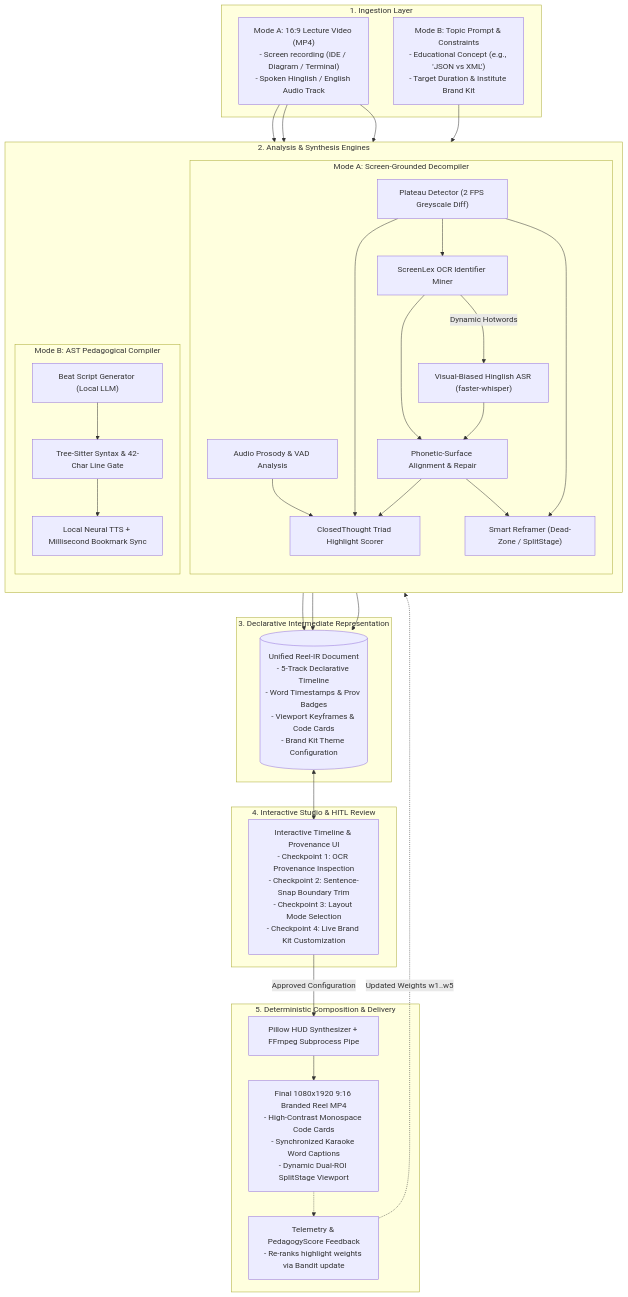
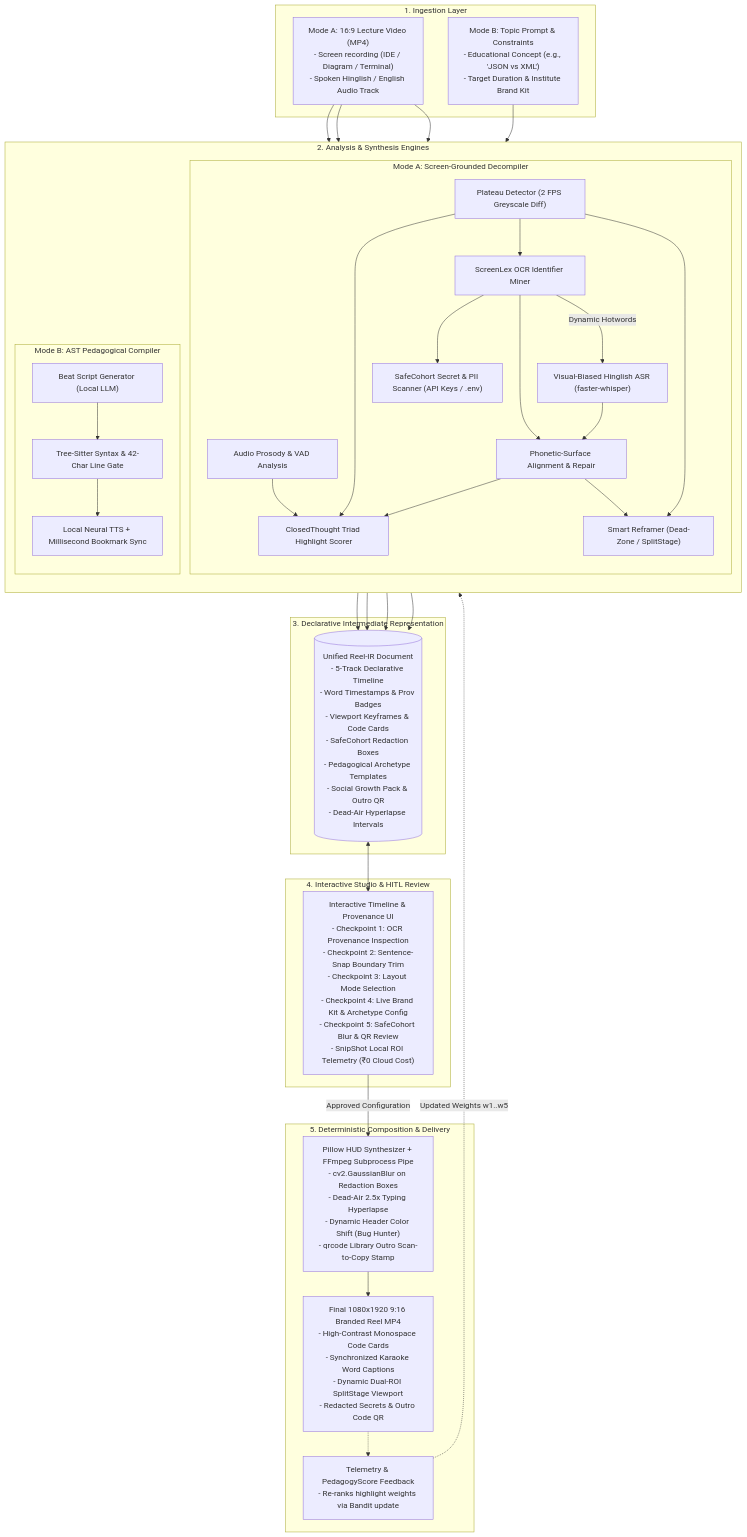
Before and after one commit to Piyush-ops-ui/snipshot: the first of 7 diagrams in workflow.md, drawn with Mermaid. The commit also changed other lines of this file and 191 other files, not shown here.

First line of the commit message:
feat: complete SnipShot 9:16 autonomous video studio implementation

````diff
--- a/workflow.md
+++ b/workflow.md
@@ -13,57 +13,59 @@
 ```mermaid
 flowchart TD
     subgraph Inputs["1. Ingestion Layer"]
         InputA["Mode A: 16:9 Lecture Video (MP4)\n- Screen recording (IDE / Diagram / Terminal)\n- Spoken Hinglish / English Audio Track"]
         InputB["Mode B: Topic Prompt & Constraints\n- Educational Concept (e.g., 'JSON vs XML')\n- Target Duration & Institute Brand Kit"]
     end
 
     subgraph Engines["2. Analysis & Synthesis Engines"]
         direction TB
         subgraph ModeA_Proc["Mode A: Screen-Grounded Decompiler"]
             A1["Audio Prosody & VAD Analysis"]
             A2["Plateau Detector (2 FPS Greyscale Diff)"]
             A3["ScreenLex OCR Identifier Miner"]
             A4["Visual-Biased Hinglish ASR (faster-whisper)"]
             A5["Phonetic-Surface Alignment & Repair"]
             A6["ClosedThought Triad Highlight Scorer"]
             A7["Smart Reframer (Dead-Zone / SplitStage)"]
+            A8["SafeCohort Secret & PII Scanner (API Keys / .env)"]
         end
 
         subgraph ModeB_Proc["Mode B: AST Pedagogical Compiler"]
             B1["Beat Script Generator (Local LLM)"]
             B2["Tree-Sitter Syntax & 42-Char Line Gate"]
             B3["Local Neural TTS + Millisecond Bookmark Sync"]
         end
     end
 
     subgraph Bridge["3. Declarative Intermediate Representation"]
-        ReelIR[("Unified Reel-IR Document\n- 5-Track Declarative Timeline\n- Word Timestamps & Prov Badges\n- Viewport Keyframes & Code Cards\n- Brand Kit Theme Configuration")]
+        ReelIR[("Unified Reel-IR Document\n- 5-Track Declarative Timeline\n- Word Timestamps & Prov Badges\n- Viewport Keyframes & Code Cards\n- SafeCohort Redaction Boxes\n- Pedagogical Archetype Templates\n- Social Growth Pack & Outro QR\n- Dead-Air Hyperlapse Intervals")]
     end
 
     subgraph Studio["4. Interactive Studio & HITL Review"]
-        UI_Review["Interactive Timeline & Provenance UI\n- Checkpoint 1: OCR Provenance Inspection\n- Checkpoint 2: Sentence-Snap Boundary Trim\n- Checkpoint 3: Layout Mode Selection\n- Checkpoint 4: Live Brand Kit Customization"]
+        UI_Review["Interactive Timeline & Provenance UI\n- Checkpoint 1: OCR Provenance Inspection\n- Checkpoint 2: Sentence-Snap Boundary Trim\n- Checkpoint 3: Layout Mode Selection\n- Checkpoint 4: Live Brand Kit & Archetype Config\n- Checkpoint 5: SafeCohort Blur & QR Review\n- SnipShot Local ROI Telemetry (₹0 Cloud Cost)"]
     end
 
     subgraph Output["5. Deterministic Composition & Delivery"]
-        Renderer["Pillow HUD Synthesizer + FFmpeg Subprocess Pipe"]
-        ExportMP4["Final 1080x1920 9:16 Branded Reel MP4\n- High-Contrast Monospace Code Cards\n- Synchronized Karaoke Word Captions\n- Dynamic Dual-ROI SplitStage Viewport"]
+        Renderer["Pillow HUD Synthesizer + FFmpeg Subprocess Pipe\n- cv2.GaussianBlur on Redaction Boxes\n- Dead-Air 2.5x Typing Hyperlapse\n- Dynamic Header Color Shift (Bug Hunter)\n- qrcode Library Outro Scan-to-Copy Stamp"]
+        ExportMP4["Final 1080x1920 9:16 Branded Reel MP4\n- High-Contrast Monospace Code Cards\n- Synchronized Karaoke Word Captions\n- Dynamic Dual-ROI SplitStage Viewport\n- Redacted Secrets & Outro Code QR"]
         FeedbackLoop["Telemetry & PedagogyScore Feedback\n- Re-ranks highlight weights via Bandit update"]
     end
 
     InputA --> A1 & A2
     A2 --> A3
     A3 -->|Dynamic Hotwords| A4
+    A3 --> A8
     InputA --> A4
     A3 & A4 --> A5
     A1 & A2 & A5 --> A6
     A5 & A2 --> A7
-    A6 & A7 --> ReelIR
+    A6 & A7 & A8 --> ReelIR
 
     InputB --> B1 --> B2 --> B3 --> ReelIR
 
     ReelIR <--> UI_Review
     UI_Review -->|Approved Configuration| Renderer
     Renderer --> ExportMP4
     ExportMP4 -.-> FeedbackLoop
     FeedbackLoop -.->|Updated Weights w1..w5| A6
 ```
````
